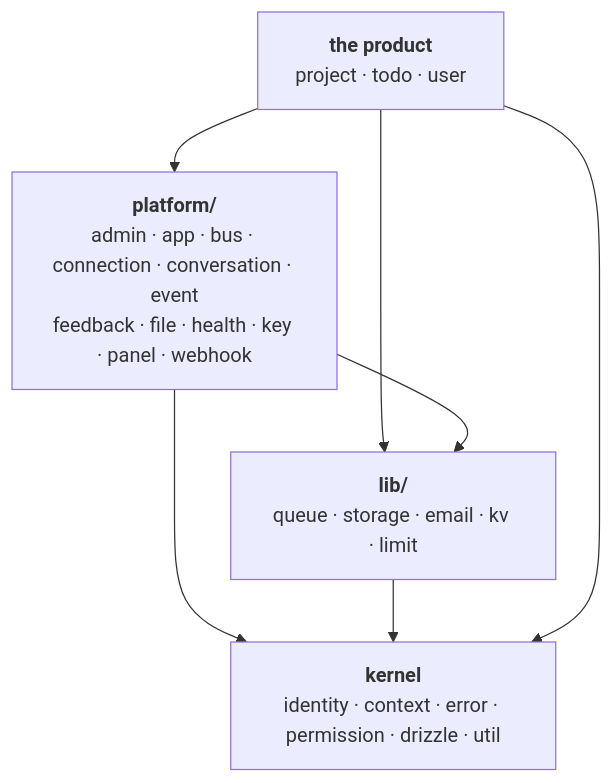
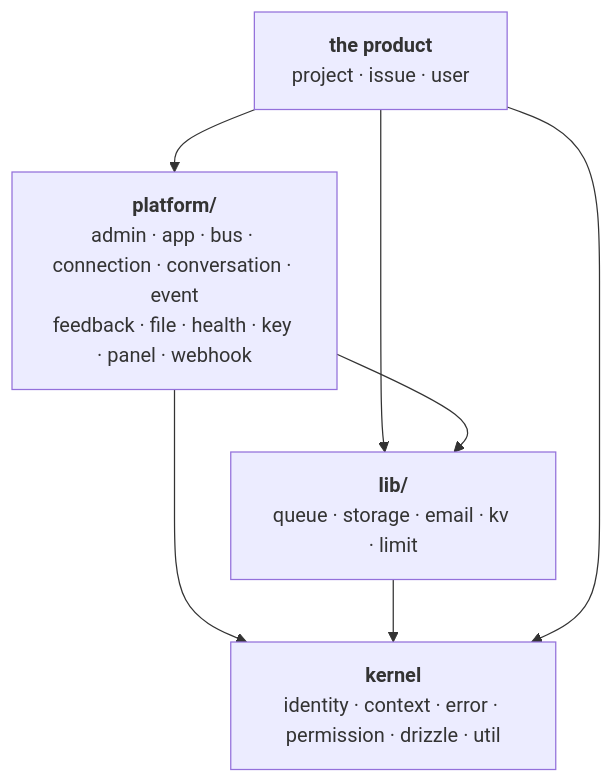
One commit to developing-software/agents changed the diagram in docs/core.md. Above: the diagram before and after it, drawn with Mermaid. The commit also changed other lines of this file and 249 other files, not shown here.

Commit message:
rename todo -> issue

````diff
--- a/docs/core.md
+++ b/docs/core.md
@@ -6,14 +6,14 @@
 ```mermaid
 graph TD
-  domain["<b>the product</b><br/>project · todo · user"]
+  domain["<b>the product</b><br/>project · issue · user"]
   platform["<b>platform/</b><br/>admin · app · bus · connection · conversation · event<br/>feedback · file · health · key · panel · webhook"]
   lib["<b>lib/</b><br/>queue · storage · email · kv · limit"]
   kernel["<b>kernel</b><br/>identity · context · error · permission · drizzle · util"]
 
   domain --> platform
   domain --> lib
   platform --> lib
   platform --> kernel
   lib --> kernel
   domain --> kernel
 ```
````
